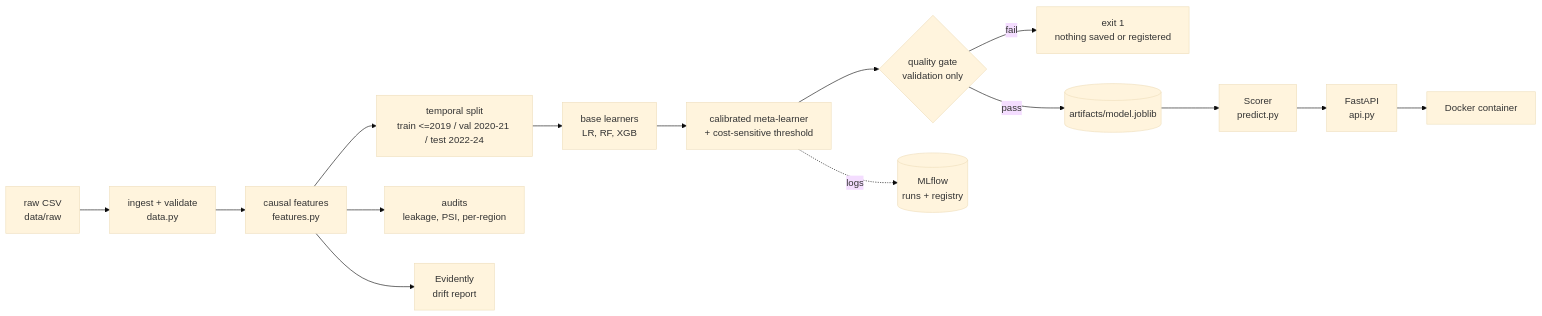
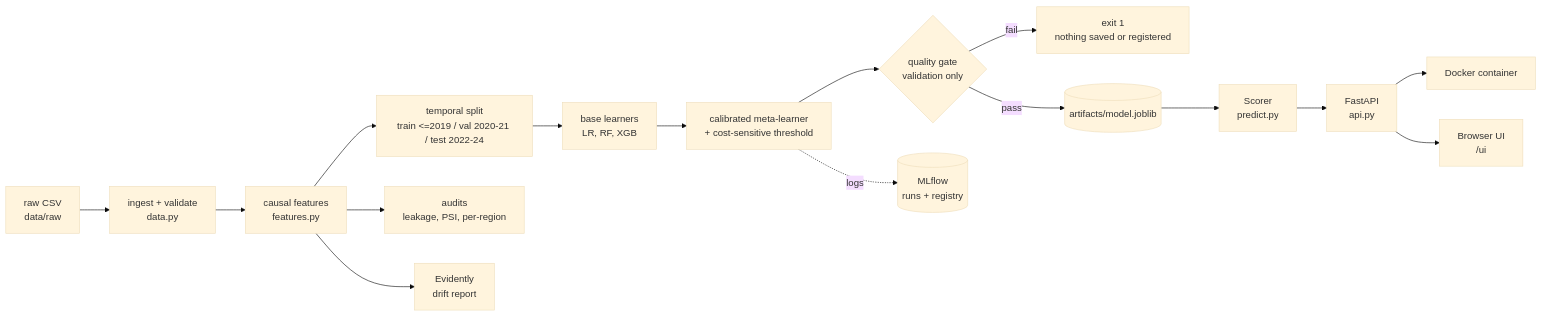
One commit to honmalkiaworld-ux/ThreatGuard-STBMSE changed the diagram in README.md. Above: the diagram before and after it, drawn with Mermaid (base theme). The commit also changed other lines of this file and 13 other files, not shown here.

````diff
--- a/README.md
+++ b/README.md
@@ -32,17 +33,18 @@
 ```mermaid
 flowchart LR
   A[raw CSV<br/>data/raw] --> B[ingest + validate<br/>data.py]
   B --> C[causal features<br/>features.py]
   C --> D[temporal split<br/>train <=2019 / val 2020-21 / test 2022-24]
   D --> E[base learners<br/>LR, RF, XGB]
   E --> F[calibrated meta-learner<br/>+ cost-sensitive threshold]
   F --> Q{quality gate<br/>validation only}
   Q -- fail --> X[exit 1<br/>nothing saved or registered]
   Q -- pass --> G[(artifacts/model.joblib)]
   F -. logs .-> M[(MLflow<br/>runs + registry)]
   G --> H[Scorer<br/>predict.py]
   H --> I[FastAPI<br/>api.py]
   I --> J[Docker container]
+  I --> U[Browser UI<br/>/ui]
   C --> K[audits<br/>leakage, PSI, per-region]
   C --> V[Evidently<br/>drift report]
 ```
````
